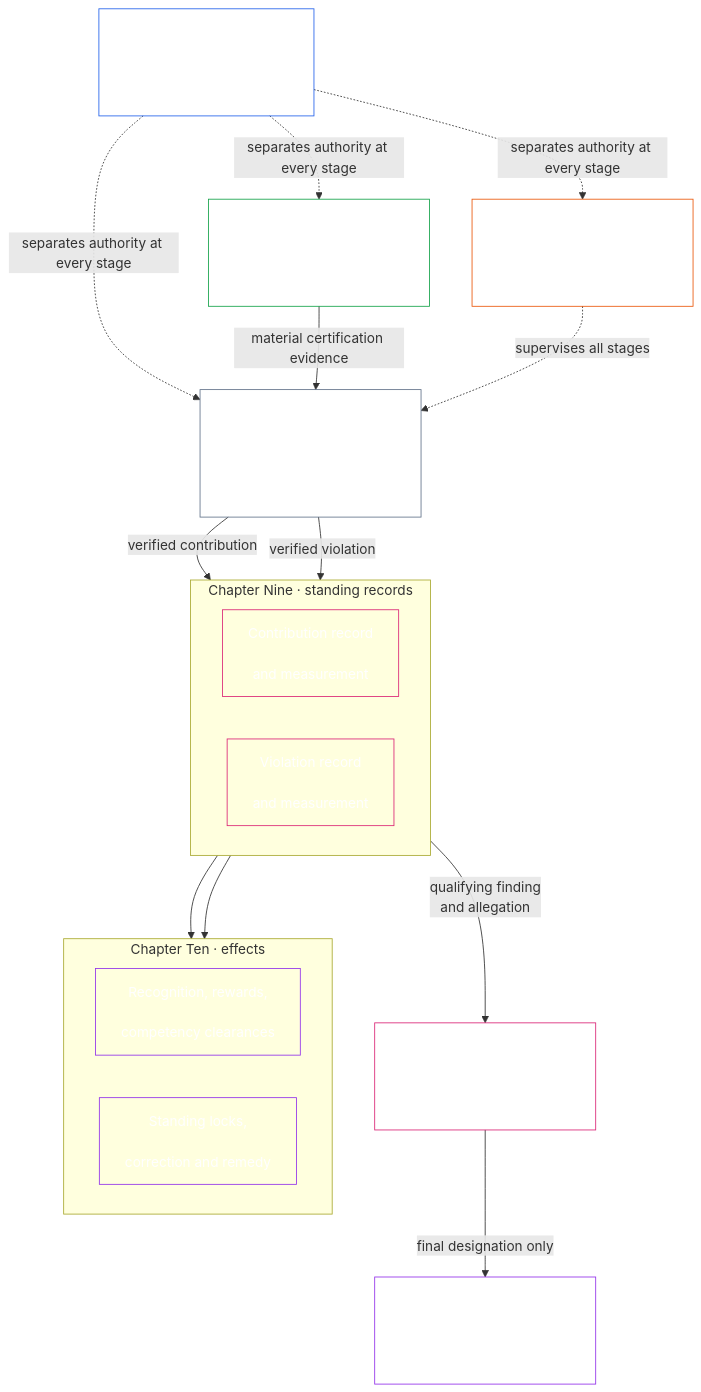
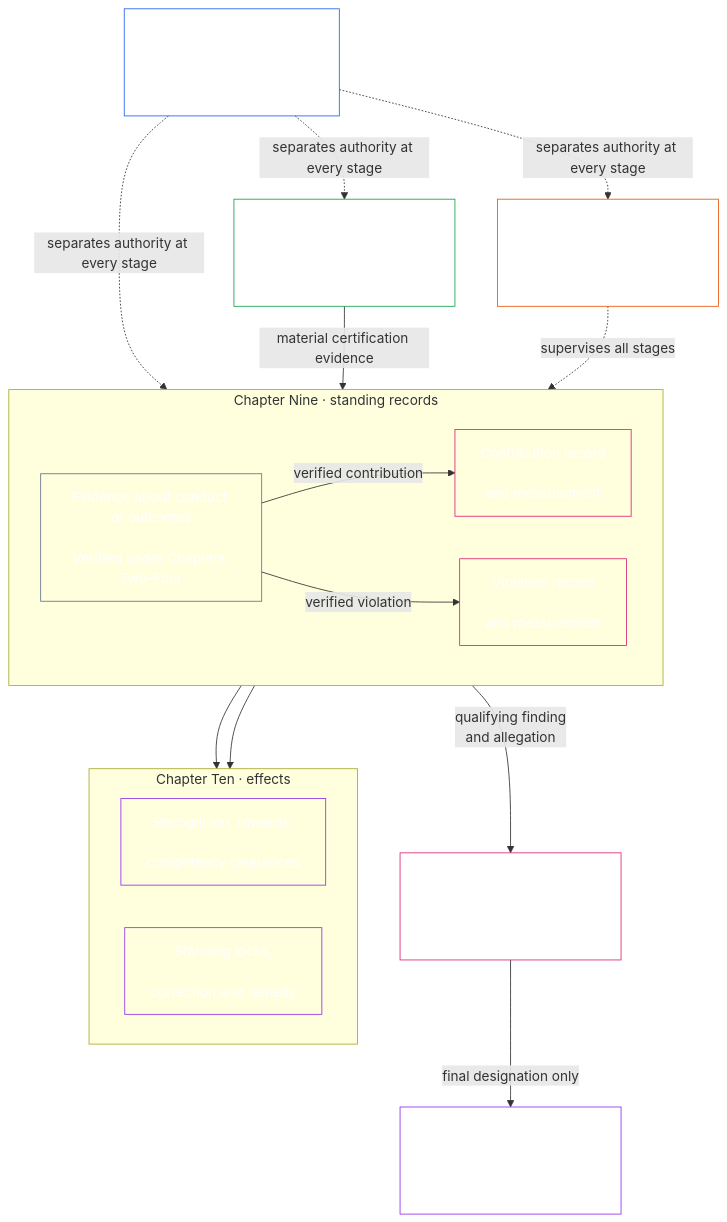
One commit to kfoelsch/Sentient_Constitution changed diagram 11 of 20 in CONCEPTUAL_OVERVIEW.md. Above: the diagram before and after it, drawn with Mermaid. The commit also changed other lines of this file and 19 other files, not shown here.

````diff
--- a/CONCEPTUAL_OVERVIEW.md
+++ b/CONCEPTUAL_OVERVIEW.md
@@ -549,40 +549,40 @@
 ```mermaid
 flowchart TB
     D["Chapter Seven<br/><br/>Functional independence<br/>and segregation of duties"]
     S["Chapter Eight<br/><br/>System alignment certification"]
-    E["Evidence about conduct or outcomes<br/><br/>Verified under Chapters Two–Four"]
     subgraph Q["Chapter Nine · standing records"]
         direction LR
+        E["Evidence about conduct or outcomes<br/><br/>Verified under Chapters Two–Four"]
         C["Contribution record<br/><br/>and measurement"]
         V["Violation record<br/><br/>and measurement"]
     end
     subgraph N["Chapter Ten · effects"]
         direction LR
         U["Recognition, rewards,<br/><br/>competency clearances"]
         R["Standing locks,<br/><br/>correction and remedy"]
     end
     M["Chapter Eleven<br/><br/>Anti-constitutional misconduct review"]
     L["Chapter Ten<br/><br/>Anti-Constitutional Trust Lock"]
     F["Chapter Twelve forums<br/><br/>Supervision, challenge and timely review"]
     D -.->|separates authority at every stage| S
     D -.->|separates authority at every stage| E
     D -.->|separates authority at every stage| F
     C --> U
     V --> R
     M -->|final designation only| L
     V -->|qualifying finding<br/>and allegation| M
     S -->|material certification evidence| E
     E -->|verified contribution| C
     E -->|verified violation| V
     F -.->|supervises all stages| E
     style D fill:none,stroke:#2563eb,color:#ffffff
     style S fill:none,stroke:#16a34a,color:#ffffff
     style E fill:none,stroke:#64748b,color:#ffffff
     style C fill:none,stroke:#db2777,color:#ffffff
     style V fill:none,stroke:#db2777,color:#ffffff
     style U fill:none,stroke:#9333ea,color:#ffffff
     style R fill:none,stroke:#9333ea,color:#ffffff
     style M fill:none,stroke:#db2777,color:#ffffff
     style L fill:none,stroke:#9333ea,color:#ffffff
     style F fill:none,stroke:#ea580c,color:#ffffff
 ```
````
